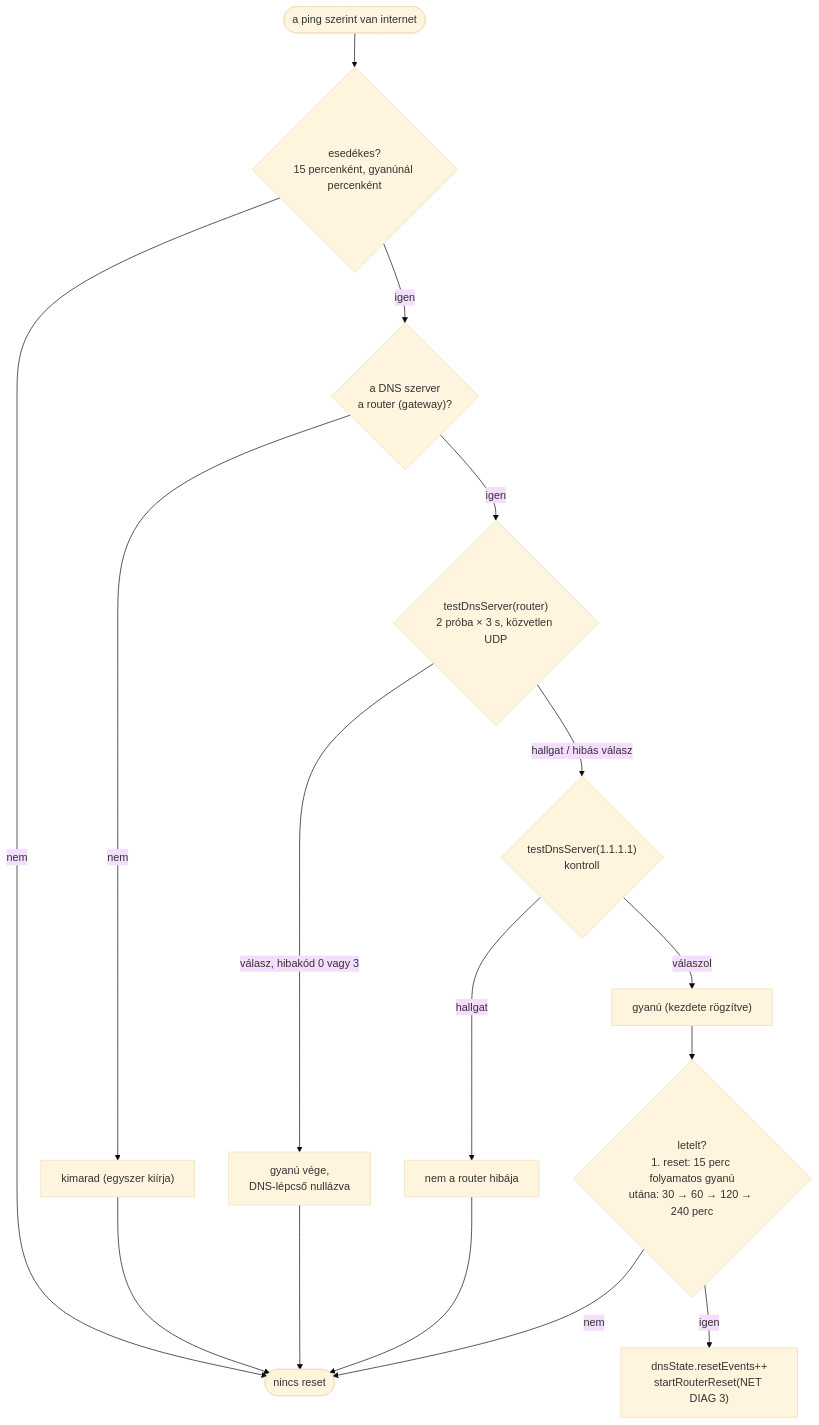
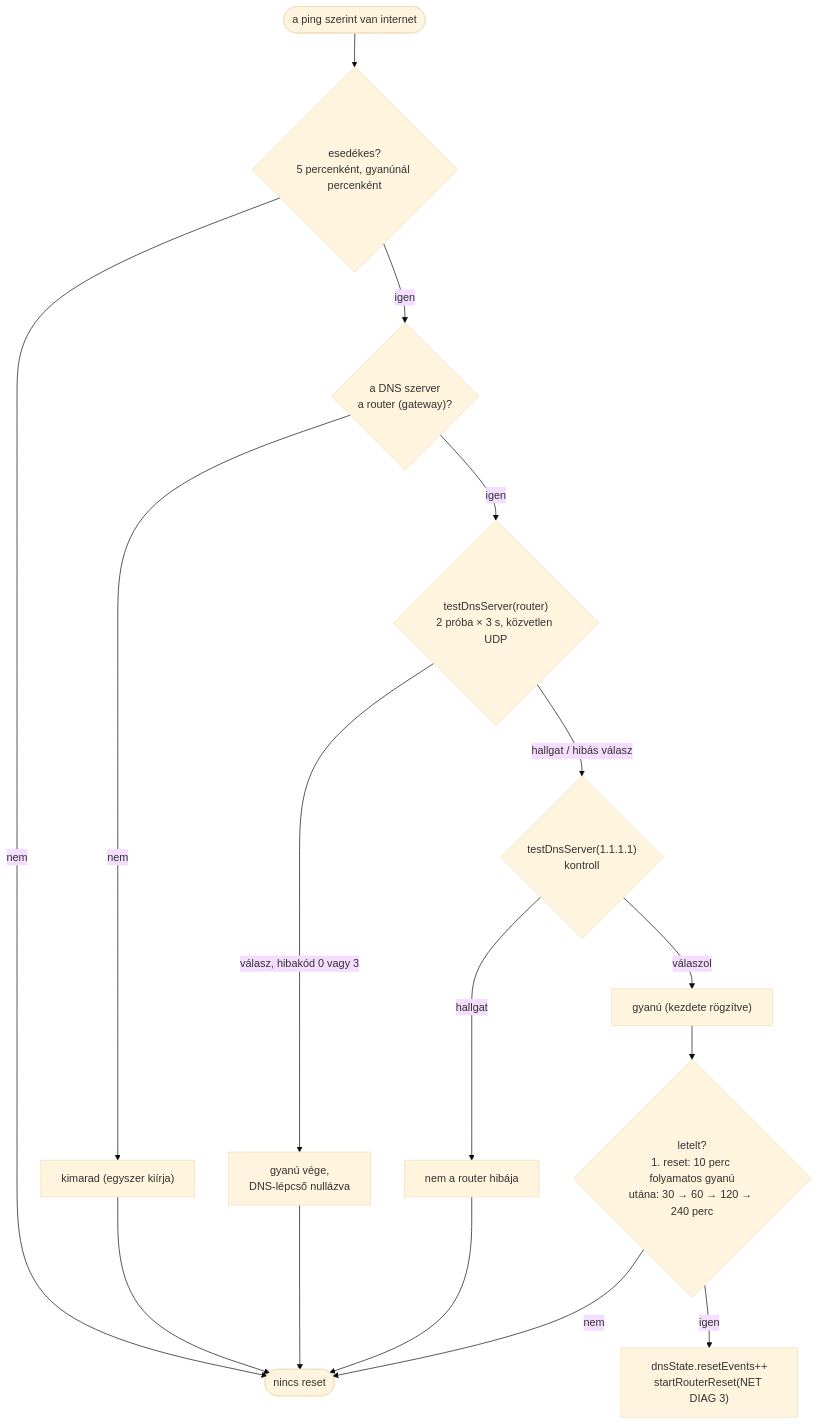
The fifth of 10 diagrams in FOLYAMATABRA.md (manszabi/bazsi-router-reboot), drawn with Mermaid (base theme) before and after one commit. The commit also changed 6 other files, not shown here.

````diff
--- a/FOLYAMATABRA.md
+++ b/FOLYAMATABRA.md
@@ -170,15 +170,15 @@
 ```mermaid
 flowchart TD
-    IN([a ping szerint van internet]) --> DUE{"esedékes?<br>15 percenként, gyanúnál percenként"}
+    IN([a ping szerint van internet]) --> DUE{"esedékes?<br>5 percenként, gyanúnál percenként"}
     DUE -->|nem| NO([nincs reset])
     DUE -->|igen| ISR{"a DNS szerver<br>a router (gateway)?"}
     ISR -->|nem| SKIP["kimarad (egyszer kiírja)"] --> NO
     ISR -->|igen| Q1{"testDnsServer(router)<br>2 próba × 3 s, közvetlen UDP"}
     Q1 -->|"válasz, hibakód 0 vagy 3"| OK["gyanú vége,<br>DNS-lépcső nullázva"] --> NO
     Q1 -->|"hallgat / hibás válasz"| Q2{"testDnsServer(1.1.1.1)<br>kontroll"}
     Q2 -->|hallgat| NOTR["nem a router hibája"] --> NO
     Q2 -->|válaszol| SUS["gyanú (kezdete rögzítve)"]
-    SUS --> WIN{"letelt?<br>1. reset: 15 perc folyamatos gyanú<br>utána: 30 → 60 → 120 → 240 perc"}
+    SUS --> WIN{"letelt?<br>1. reset: 10 perc folyamatos gyanú<br>utána: 30 → 60 → 120 → 240 perc"}
     WIN -->|nem| NO
     WIN -->|igen| RST["dnsState.resetEvents++<br>startRouterReset(NET DIAG 3)"]
 ```
````
